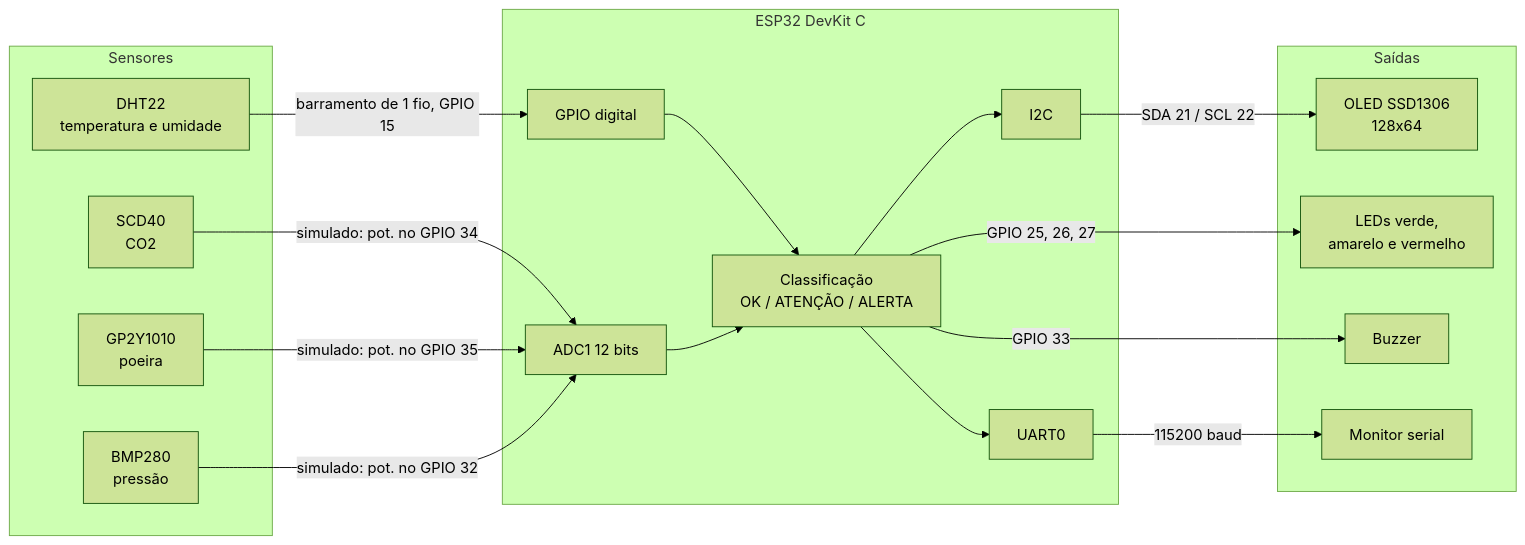
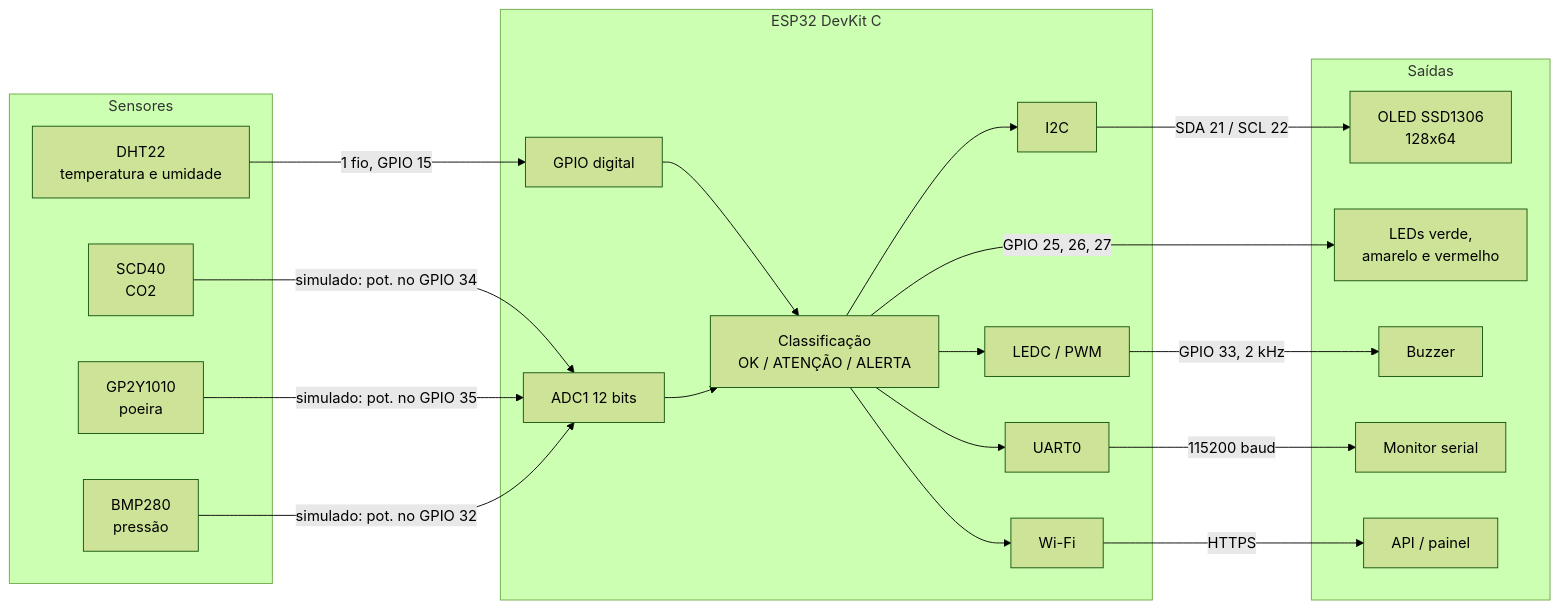
The second of 3 diagrams in docs/arquitetura.md (DaviFCSilva/air-sense), drawn with Mermaid (forest theme) before and after one commit. The commit also changed other lines of this file and 5 other files, not shown here.

````diff
--- a/docs/arquitetura.md
+++ b/docs/arquitetura.md
@@ -32,35 +49,39 @@
 ```mermaid
 flowchart LR
     subgraph Sensores
         DHT[DHT22<br/>temperatura e umidade]
         CO2[SCD40<br/>CO2]
         PM[GP2Y1010<br/>poeira]
         BMP[BMP280<br/>pressão]
     end
 
     subgraph MCU[ESP32 DevKit C]
         GPIO[GPIO digital]
         ADC[ADC1 12 bits]
+        LOGIC[Classificação<br/>OK / ATENÇÃO / ALERTA]
         I2C[I2C]
+        LEDC[LEDC / PWM]
         UART[UART0]
-        LOGIC[Classificação<br/>OK / ATENÇÃO / ALERTA]
+        WIFI[Wi-Fi]
     end
 
     subgraph Saidas[Saídas]
         OLED[OLED SSD1306<br/>128x64]
         LEDS[LEDs verde,<br/>amarelo e vermelho]
         BZ[Buzzer]
         SER[Monitor serial]
+        API[API / painel]
     end
 
-    DHT -->|barramento de 1 fio, GPIO 15| GPIO
+    DHT -->|1 fio, GPIO 15| GPIO
     CO2 -->|simulado: pot. no GPIO 34| ADC
     PM -->|simulado: pot. no GPIO 35| ADC
     BMP -->|simulado: pot. no GPIO 32| ADC
     GPIO --> LOGIC
     ADC --> LOGIC
     LOGIC --> I2C -->|SDA 21 / SCL 22| OLED
     LOGIC -->|GPIO 25, 26, 27| LEDS
-    LOGIC -->|GPIO 33| BZ
+    LOGIC --> LEDC -->|GPIO 33, 2 kHz| BZ
     LOGIC --> UART -->|115200 baud| SER
+    LOGIC --> WIFI -->|HTTPS| API
 ```
````
